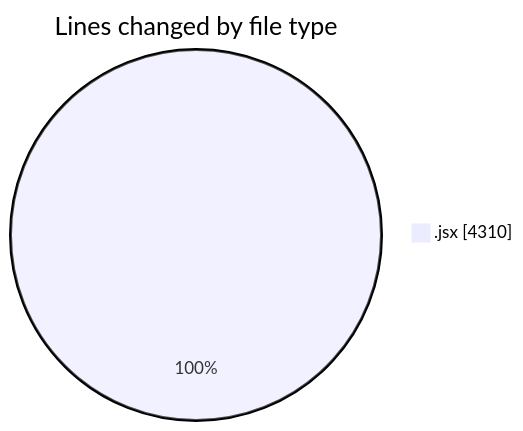
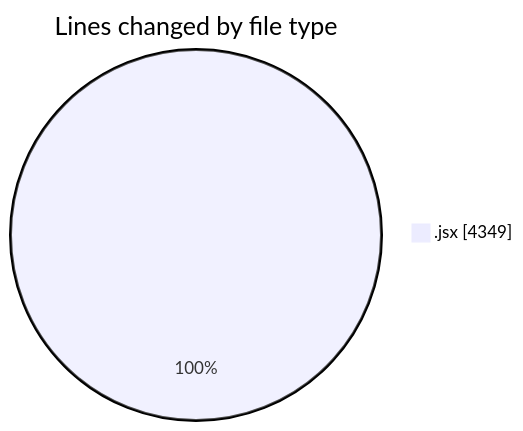
Before and after one commit to nxtqubesakshisongat/code-tracking: the first of 2 diagrams in 2026-01-06/nxtqube_webapp/README.md, drawn with Mermaid. The commit also changed other lines of this file and 1 other file, not shown here.

````diff
--- a/2026-01-06/nxtqube_webapp/README.md
+++ b/2026-01-06/nxtqube_webapp/README.md
@@ -21,5 +21,5 @@
 ```mermaid
 pie showData
 title Lines changed by file type
-".jsx" : 4310
+".jsx" : 4349
 ```
````
